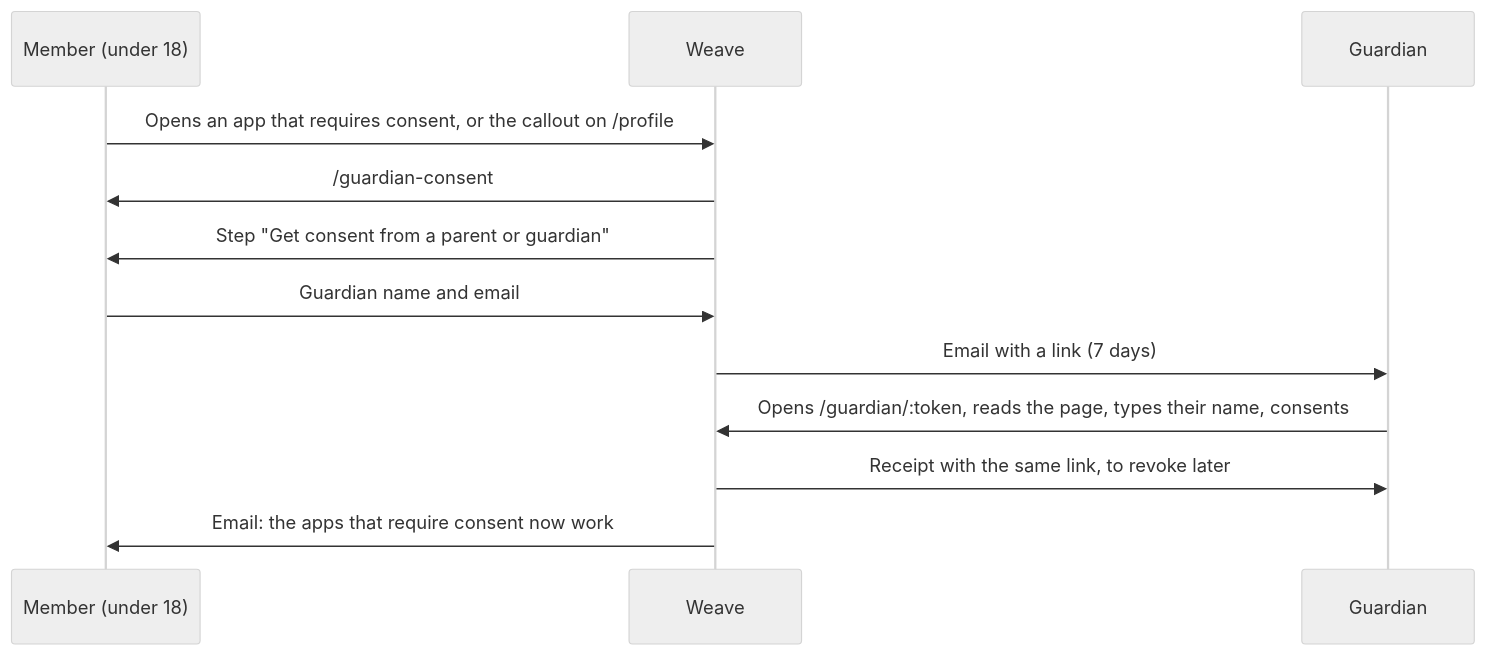
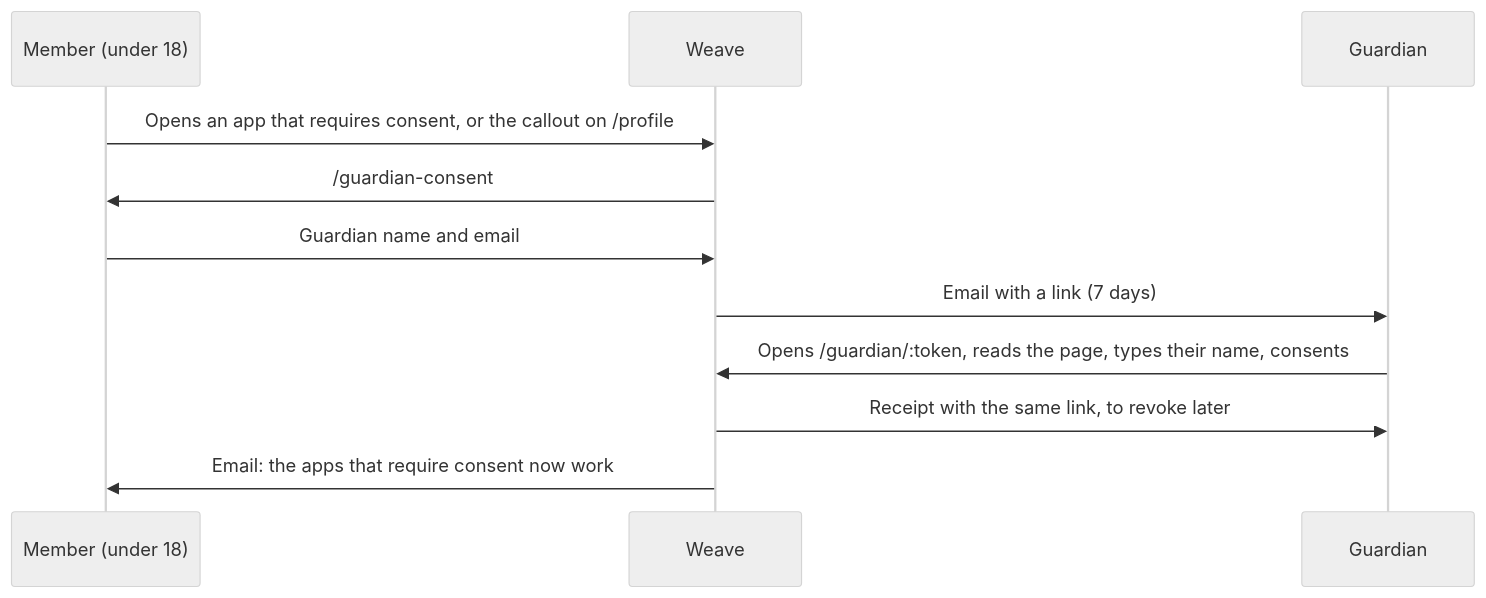
Before and after one commit to patchworklabsorg/weave: the diagram in docs/GUARDIAN_CONSENT.md, drawn with Mermaid (neutral theme). The commit also changed other lines of this file and 6 other files, not shown here.

````diff
--- a/docs/GUARDIAN_CONSENT.md
+++ b/docs/GUARDIAN_CONSENT.md
@@ -17,14 +17,13 @@
 ```mermaid
 sequenceDiagram
   participant M as Member (under 18)
   participant W as Weave
   participant G as Guardian
   M->>W: Opens an app that requires consent, or the callout on /profile
   W->>M: /guardian-consent
-  W->>M: Step "Get consent from a parent or guardian"
   M->>W: Guardian name and email
   W->>G: Email with a link (7 days)
   G->>W: Opens /guardian/:token, reads the page, types their name, consents
   W->>G: Receipt with the same link, to revoke later
   W->>M: Email: the apps that require consent now work
 ```
````
